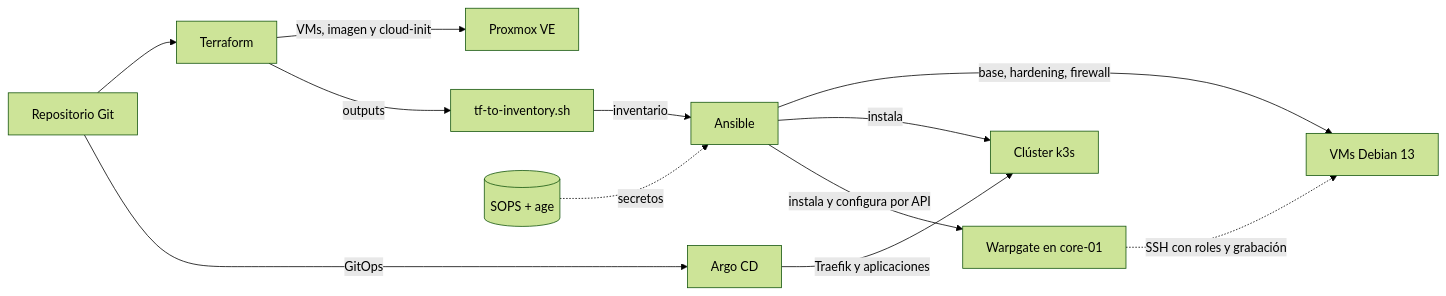
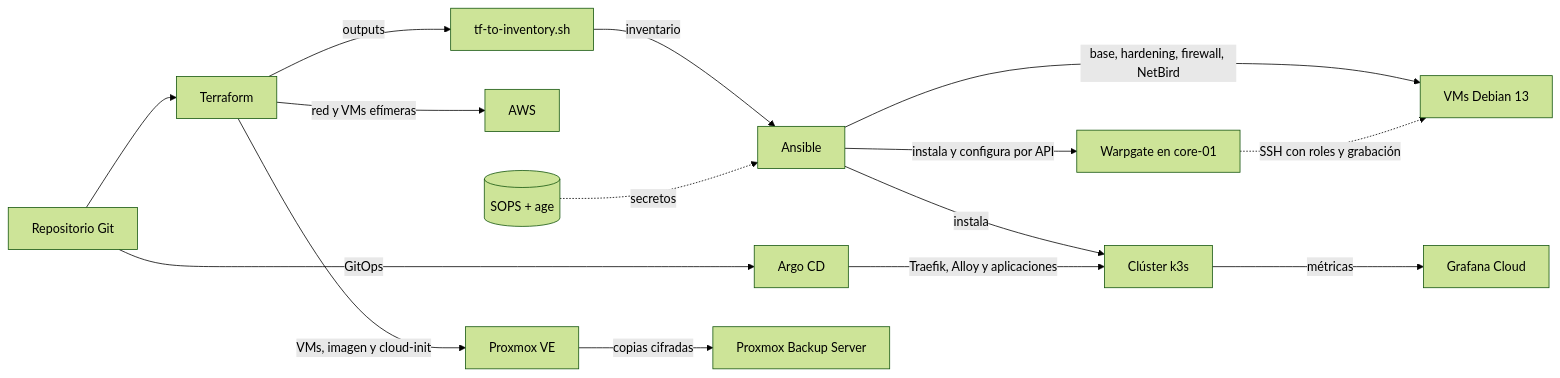
The diagram in README.md (nachogtan/tfg-plataforma-hibrida), drawn with Mermaid (forest theme) before and after one commit. The commit also changed other lines of this file and 5 other files, not shown here.

````diff
--- a/README.md
+++ b/README.md
@@ -12,14 +12,17 @@
 ```mermaid
 flowchart LR
     A[Repositorio Git] --> B[Terraform]
     B -->|VMs, imagen y cloud-init| C[Proxmox VE]
+    B -->|red y VMs efímeras| AWS[AWS]
     B -->|outputs| D[tf-to-inventory.sh]
     D -->|inventario| E[Ansible]
     S[(SOPS + age)] -.->|secretos| E
-    E -->|base, hardening, firewall| F[VMs Debian 13]
+    E -->|base, hardening, firewall, NetBird| F[VMs Debian 13]
     E -->|instala| G[Clúster k3s]
     E -->|instala y configura por API| W[Warpgate en core-01]
     A -->|GitOps| H[Argo CD]
-    H -->|Traefik y aplicaciones| G
+    H -->|Traefik, Alloy y aplicaciones| G
     W -.->|SSH con roles y grabación| F
+    G -->|métricas| GC[Grafana Cloud]
+    C -->|copias cifradas| PBS[Proxmox Backup Server]
 ```
````
